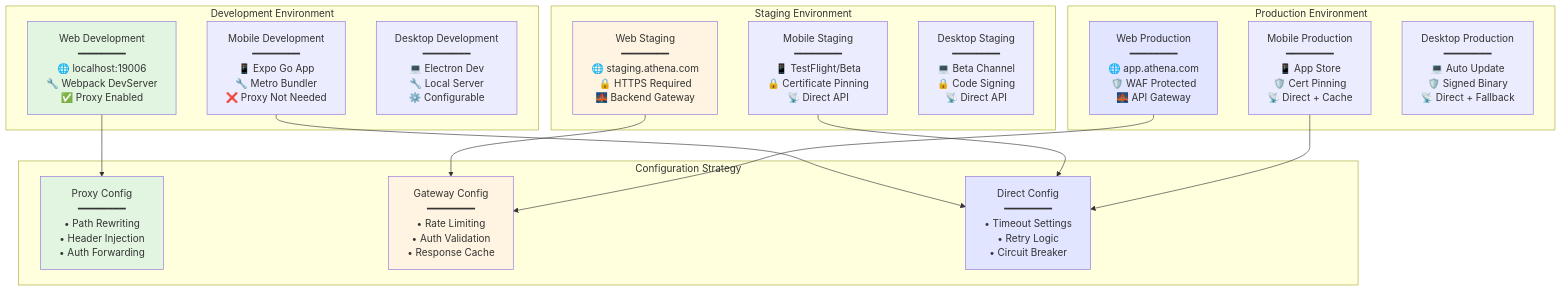
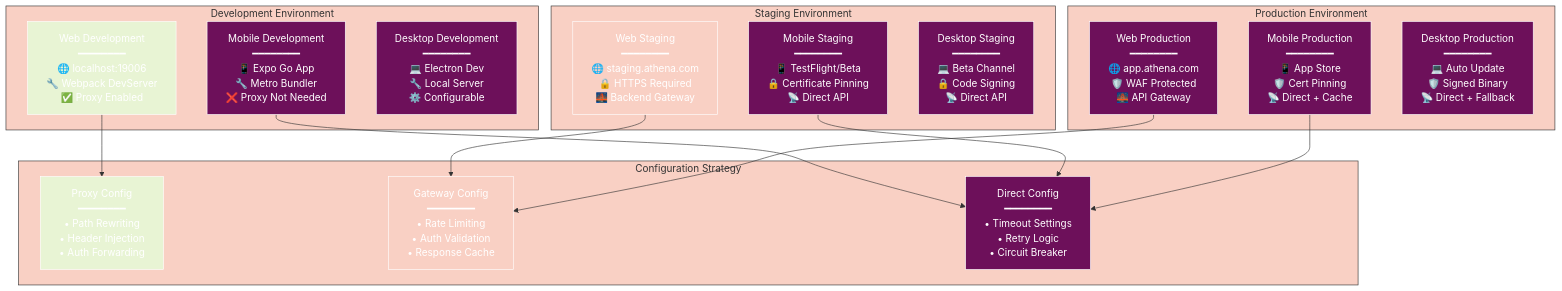
The ninth of 22 diagrams in docs/API_CORS_HANDLING.md (radicalkjax/Athena), drawn with Mermaid before and after one commit. The commit also changed other lines of this file and 27 other files, not shown here.

Commit message:
Introduction of expo package manager. Updated docs to reflect changes. Unified mermaid theme for docs.

````diff
--- a/docs/API_CORS_HANDLING.md
+++ b/docs/API_CORS_HANDLING.md
@@ -531,41 +699,62 @@
 ```mermaid
+%%{init: {
+  'theme': 'base',
+  'themeVariables': {
+    'primaryColor': '#6d105a',
+    'primaryTextColor': '#ffffff',
+    'primaryBorderColor': '#ffffff',
+    'lineColor': '#333333',
+    'secondaryColor': '#e8f4d4',
+    'secondaryTextColor': '#333333',
+    'secondaryBorderColor': '#333333',
+    'tertiaryColor': '#f9d0c4',
+    'tertiaryTextColor': '#333333',
+    'tertiaryBorderColor': '#333333',
+    'background': '#ffffff',
+    'mainBkg': '#6d105a',
+    'secondBkg': '#e8f4d4',
+    'tertiaryBkg': '#f9d0c4',
+    'textColor': '#333333',
+    'fontFamily': 'Arial, sans-serif'
+  }
+}}%%
 graph TB
     subgraph "Development Environment"
         DevWeb[Web Development<br/>━━━━━━━━<br/>🌐 localhost:19006<br/>🔧 Webpack DevServer<br/>✅ Proxy Enabled]
         DevMobile[Mobile Development<br/>━━━━━━━━<br/>📱 Expo Go App<br/>🔧 Metro Bundler<br/>❌ Proxy Not Needed]
         DevDesktop[Desktop Development<br/>━━━━━━━━<br/>💻 Electron Dev<br/>🔧 Local Server<br/>⚙️ Configurable]
     end
     
     subgraph "Staging Environment"
         StageWeb[Web Staging<br/>━━━━━━━━<br/>🌐 staging.athena.com<br/>🔒 HTTPS Required<br/>🌉 Backend Gateway]
         StageMobile[Mobile Staging<br/>━━━━━━━━<br/>📱 TestFlight/Beta<br/>🔒 Certificate Pinning<br/>📡 Direct API]
         StageDesktop[Desktop Staging<br/>━━━━━━━━<br/>💻 Beta Channel<br/>🔒 Code Signing<br/>📡 Direct API]
     end
     
     subgraph "Production Environment"
         ProdWeb[Web Production<br/>━━━━━━━━<br/>🌐 app.athena.com<br/>🛡️ WAF Protected<br/>🌉 API Gateway]
         ProdMobile[Mobile Production<br/>━━━━━━━━<br/>📱 App Store<br/>🛡️ Cert Pinning<br/>📡 Direct + Cache]
         ProdDesktop[Desktop Production<br/>━━━━━━━━<br/>💻 Auto Update<br/>🛡️ Signed Binary<br/>📡 Direct + Fallback]
     end
     
     subgraph "Configuration Strategy"
         ProxyConfig[Proxy Config<br/>━━━━━━━━<br/>• Path Rewriting<br/>• Header Injection<br/>• Auth Forwarding]
         GatewayConfig[Gateway Config<br/>━━━━━━━━<br/>• Rate Limiting<br/>• Auth Validation<br/>• Response Cache]
         DirectConfig[Direct Config<br/>━━━━━━━━<br/>• Timeout Settings<br/>• Retry Logic<br/>• Circuit Breaker]
     end
     
     DevWeb --> ProxyConfig
     StageWeb --> GatewayConfig
     ProdWeb --> GatewayConfig
     
     DevMobile --> DirectConfig
     StageMobile --> DirectConfig
     ProdMobile --> DirectConfig
     
-    style DevWeb fill:#e1f5e1
-    style StageWeb fill:#fff4e1
-    style ProdWeb fill:#e1e5ff
-    style ProxyConfig fill:#e1f5e1
-    style GatewayConfig fill:#fff4e1
-    style DirectConfig fill:#e1e5ff
+    style DevWeb fill:#e8f4d4
+    style StageWeb fill:#f9d0c4
+    style ProdWeb fill:#6d105a
+    style ProxyConfig fill:#e8f4d4
+    style GatewayConfig fill:#f9d0c4
+    style DirectConfig fill:#6d105a
 ```
````
